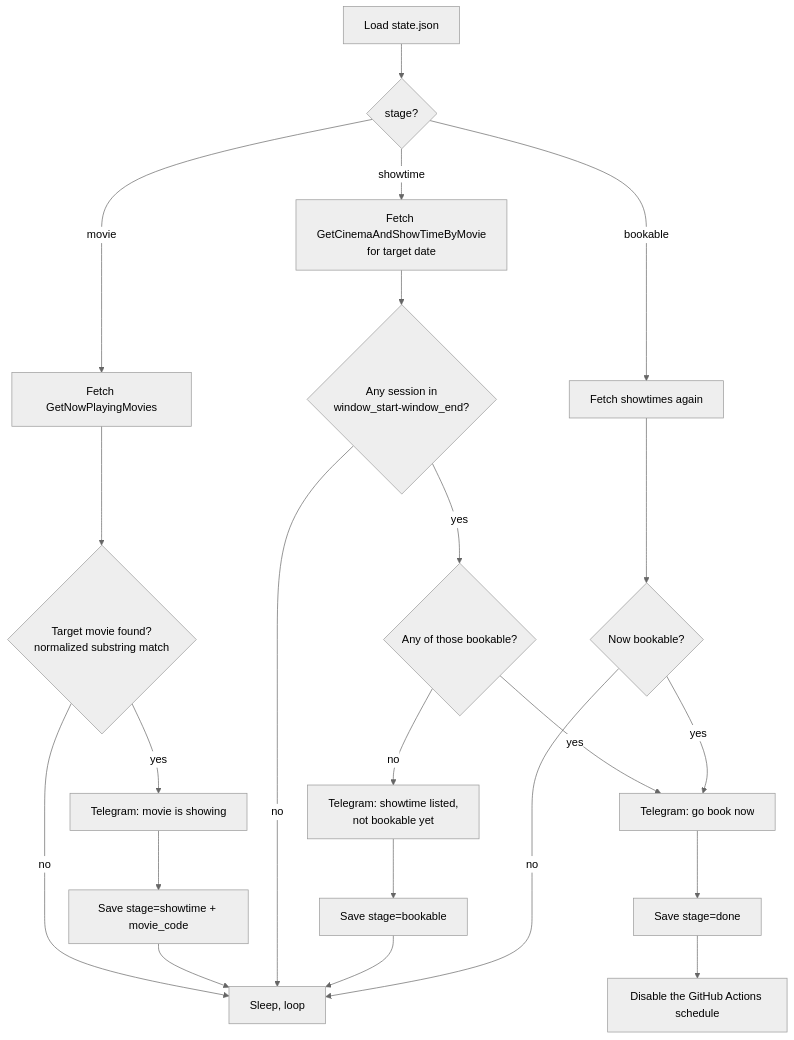
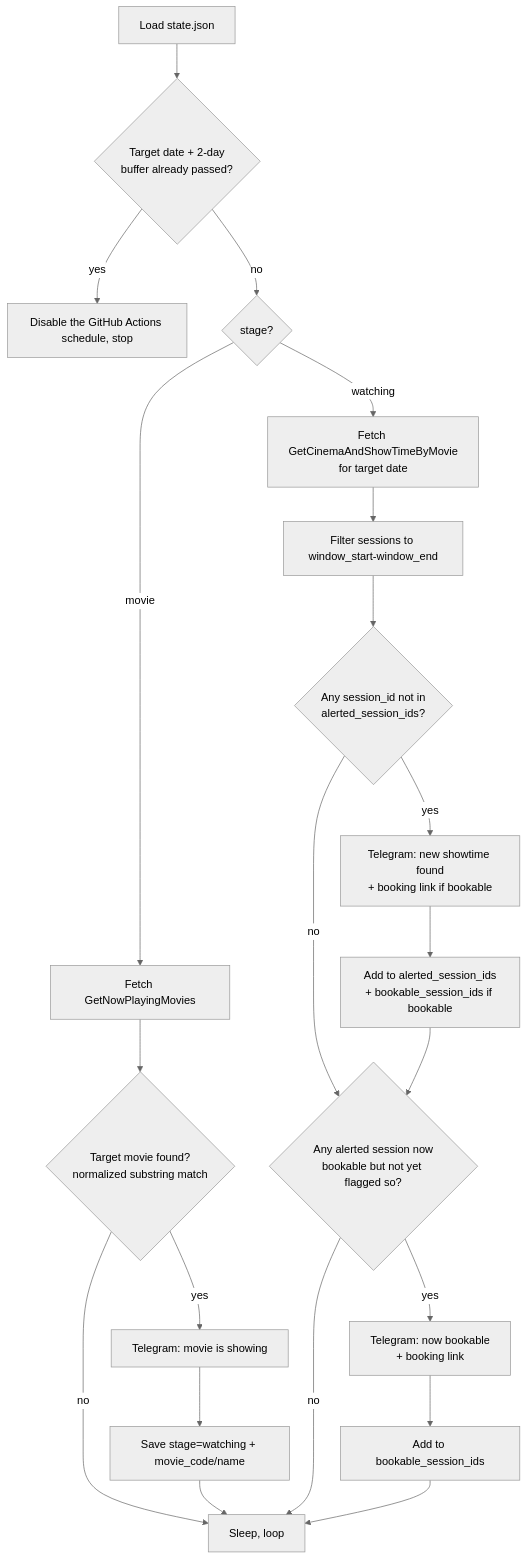
One commit to ashishjayaoff-a11y/janabot changed the diagram in README.md. Above: the diagram before and after it, drawn with Mermaid (neutral theme). The commit also changed other lines of this file, not shown here.

````diff
--- a/README.md
+++ b/README.md
@@ -43,26 +46,25 @@
 ```mermaid
 flowchart TD
-    A[Load state.json] --> B{stage?}
+    A[Load state.json] --> S{Target date + 2-day<br/>buffer already passed?}
+    S -- yes --> T[Disable the GitHub Actions schedule, stop]
+    S -- no --> B{stage?}
+
     B -- movie --> C[Fetch GetNowPlayingMovies]
     C --> D{Target movie found?<br/>normalized substring match}
     D -- no --> Z[Sleep, loop]
     D -- yes --> E[Telegram: movie is showing]
-    E --> F[Save stage=showtime + movie_code]
+    E --> F[Save stage=watching + movie_code/name]
     F --> Z
 
-    B -- showtime --> G[Fetch GetCinemaAndShowTimeByMovie<br/>for target date]
-    G --> H{Any session in<br/>window_start-window_end?}
-    H -- no --> Z
-    H -- yes --> I{Any of those bookable?}
-    I -- yes --> J[Telegram: go book now]
-    I -- no --> K[Telegram: showtime listed,<br/>not bookable yet]
-    J --> L[Save stage=done]
-    K --> M[Save stage=bookable]
-    L --> N[Disable the GitHub Actions schedule]
-    M --> Z
-
-    B -- bookable --> G2[Fetch showtimes again]
-    G2 --> O{Now bookable?}
-    O -- no --> Z
-    O -- yes --> J
+    B -- watching --> G[Fetch GetCinemaAndShowTimeByMovie<br/>for target date]
+    G --> H[Filter sessions to window_start-window_end]
+    H --> I{Any session_id not in<br/>alerted_session_ids?}
+    I -- yes --> J[Telegram: new showtime found<br/>+ booking link if bookable]
+    J --> K[Add to alerted_session_ids<br/>+ bookable_session_ids if bookable]
+    I -- no --> L
+    K --> L{Any alerted session now<br/>bookable but not yet flagged so?}
+    L -- yes --> M[Telegram: now bookable<br/>+ booking link]
+    M --> N[Add to bookable_session_ids]
+    L -- no --> Z
+    N --> Z
 ```
````
